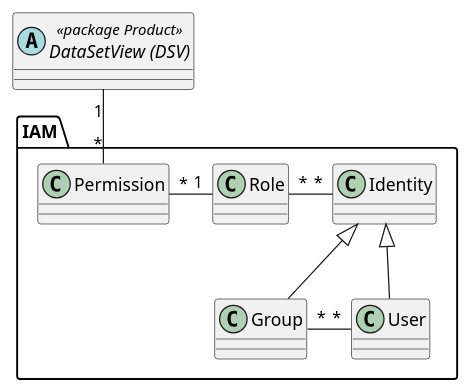
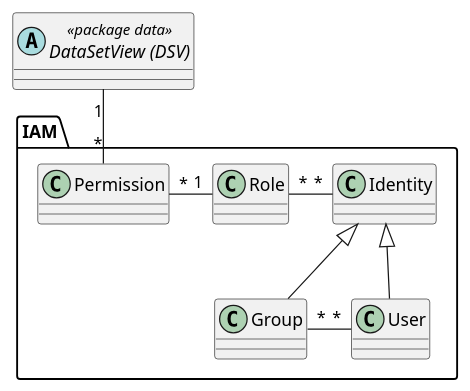
The diagram in code/doc/puml/src/iam.puml (sogis/simi), drawn with PlantUML before and after one commit. The commit also changed 3 other files, not shown here.

```diff
--- a/code/doc/puml/src/iam.puml
+++ b/code/doc/puml/src/iam.puml
@@ -1,20 +1,20 @@
 @startuml
-abstract class "DataSetView (DSV)" as dsv << package Product >>
+abstract class "DataSetView (DSV)" as dsv << package data >>
 
 package IAM {
 class "Identity" as ident
 class "Group" as grp
 class "User" as usr
 class "Role" as role
 class "Permission" as perm
 
 ident <|-- grp
 ident <|-- usr
 
 perm "*" -right- "1" role
 role "*" -right- "*" ident
 grp "*" -right- "*" usr
 }
 
 dsv "1" -- "*" perm
 @enduml
```
